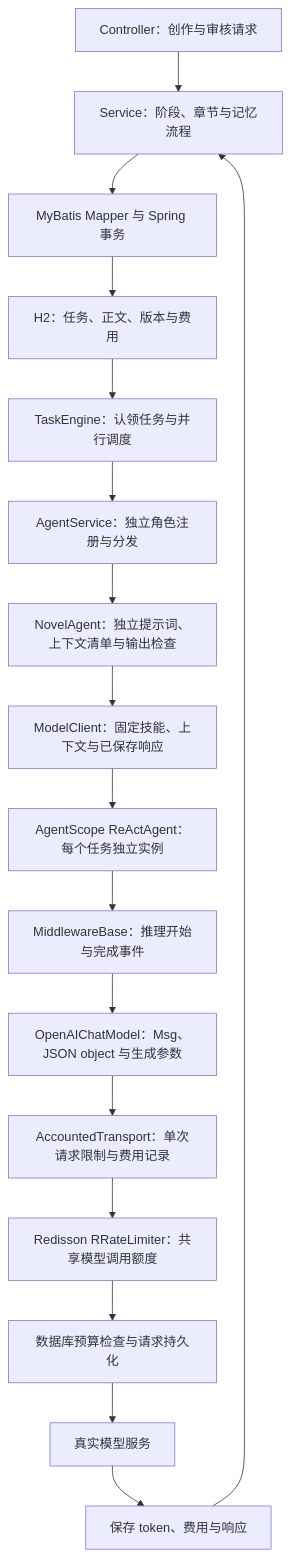
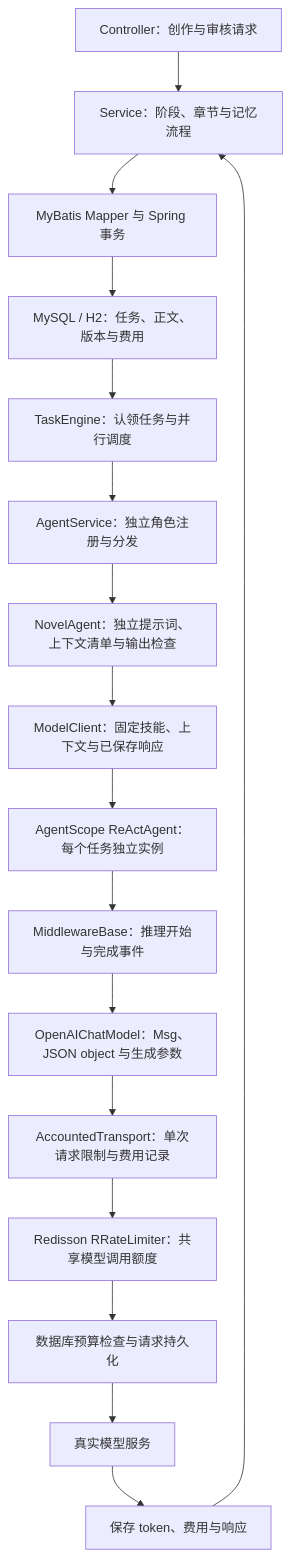
One commit to ccii1/novel-agent changed the first of 8 diagrams in README.md. Above: the diagram before and after it, drawn with Mermaid. The commit also changed other lines of this file and 23 other files, not shown here.

````diff
--- a/README.md
+++ b/README.md
@@ -9,19 +9,19 @@
 ```mermaid
 flowchart TD
     API["Controller：创作与审核请求"] --> Business["Service：阶段、章节与记忆流程"]
     Business --> Repository["MyBatis Mapper 与 Spring 事务"]
-    Repository --> DB["H2：任务、正文、版本与费用"]
+    Repository --> DB["MySQL / H2：任务、正文、版本与费用"]
     DB --> Scheduler["TaskEngine：认领任务与并行调度"]
     Scheduler --> Role["AgentService：独立角色注册与分发"]
     Role --> Specialists["NovelAgent：独立提示词、上下文清单与输出检查"]
     Specialists --> Context["ModelClient：固定技能、上下文与已保存响应"]
     Context --> Agent["AgentScope ReActAgent：每个任务独立实例"]
     Agent --> Middleware["MiddlewareBase：推理开始与完成事件"]
     Middleware --> Model["OpenAIChatModel：Msg、JSON object 与生成参数"]
     Model --> Transport["AccountedTransport：单次请求限制与费用记录"]
     Transport --> Redis["Redisson RRateLimiter：共享模型调用额度"]
     Redis --> Budget["数据库预算检查与请求持久化"]
     Budget --> Provider["真实模型服务"]
     Provider --> Result["保存 token、费用与响应"]
     Result --> Business
 ```
````
